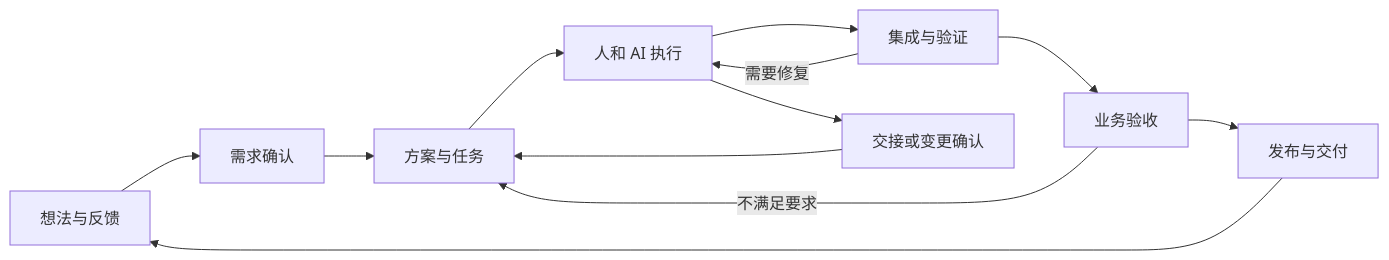
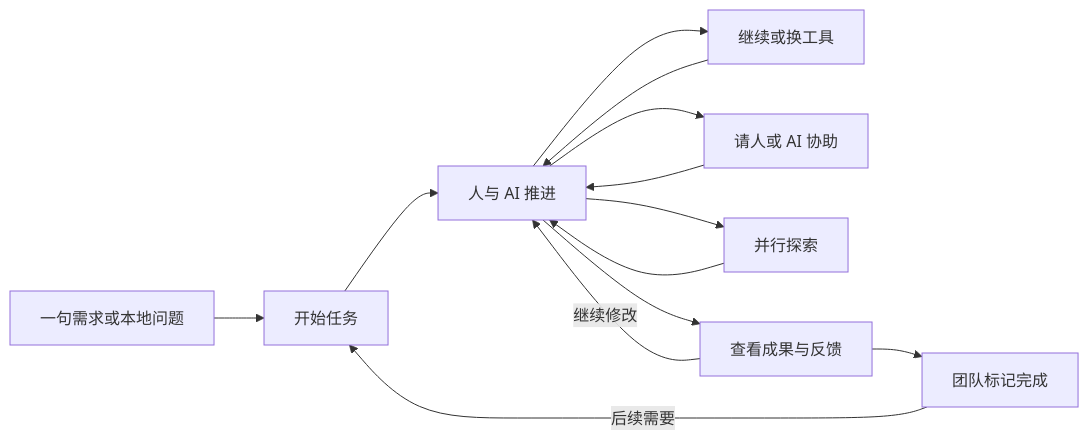
Before and after one commit to ntygod/HEXU: the diagram in docs/product/01-product-plan.md, drawn with Mermaid. The commit also changed other lines of this file, not shown here.

````diff
--- a/docs/product/01-product-plan.md
+++ b/docs/product/01-product-plan.md
@@ -62,14 +59,15 @@
 ```mermaid
 flowchart LR
-    A[想法与反馈] --> B[需求确认]
-    B --> C[方案与任务]
-    C --> D[人和 AI 执行]
-    D --> E[集成与验证]
-    E --> F[业务验收]
-    F --> G[发布与交付]
-    G --> A
-    D --> H[交接或变更确认]
-    H --> C
-    E -->|需要修复| D
-    F -->|不满足要求| C
+    A[一句需求或本地问题] --> B[开始任务]
+    B --> C[人与 AI 推进]
+    C --> D[继续或换工具]
+    D --> C
+    C --> E[请人或 AI 协助]
+    E --> C
+    C --> F[并行探索]
+    F --> C
+    C --> G[查看成果与反馈]
+    G -->|继续修改| C
+    G --> H[团队标记完成]
+    H -->|后续需要| B
 ```
````
